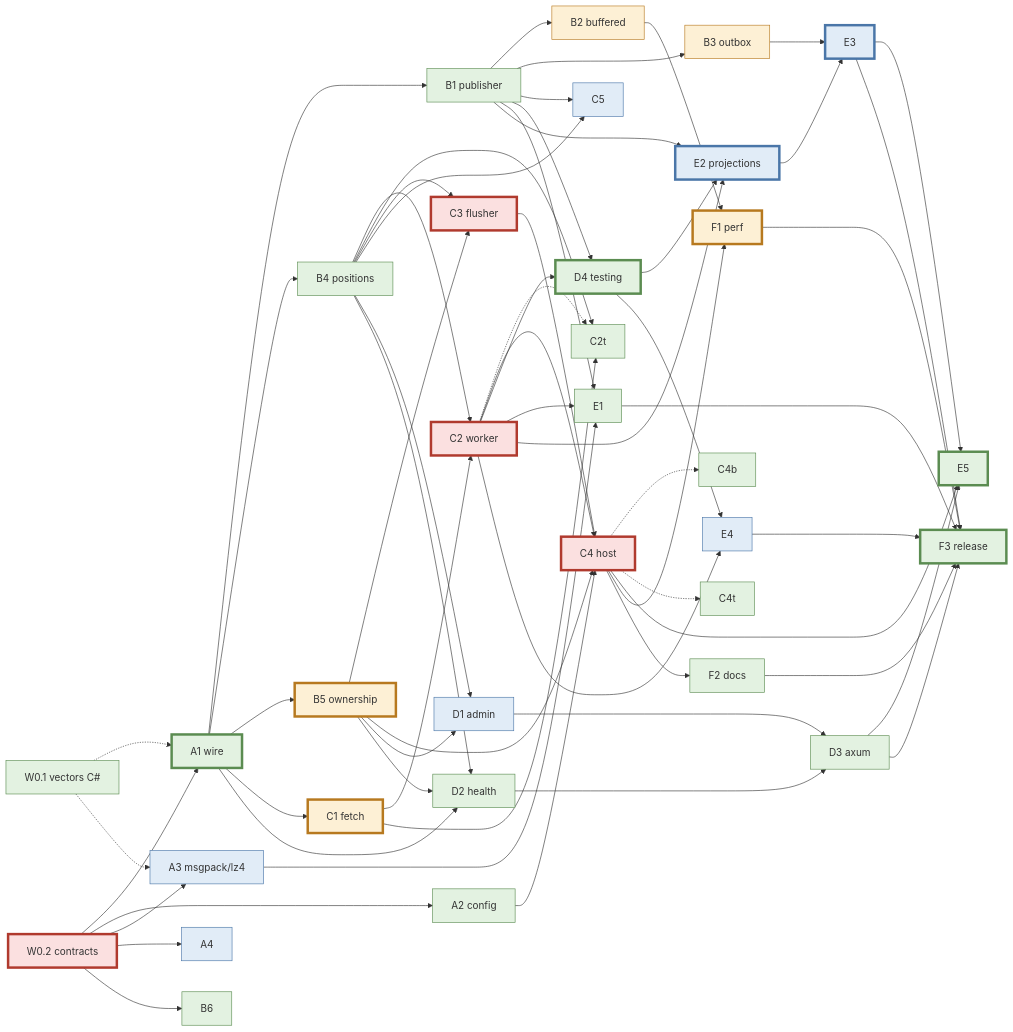
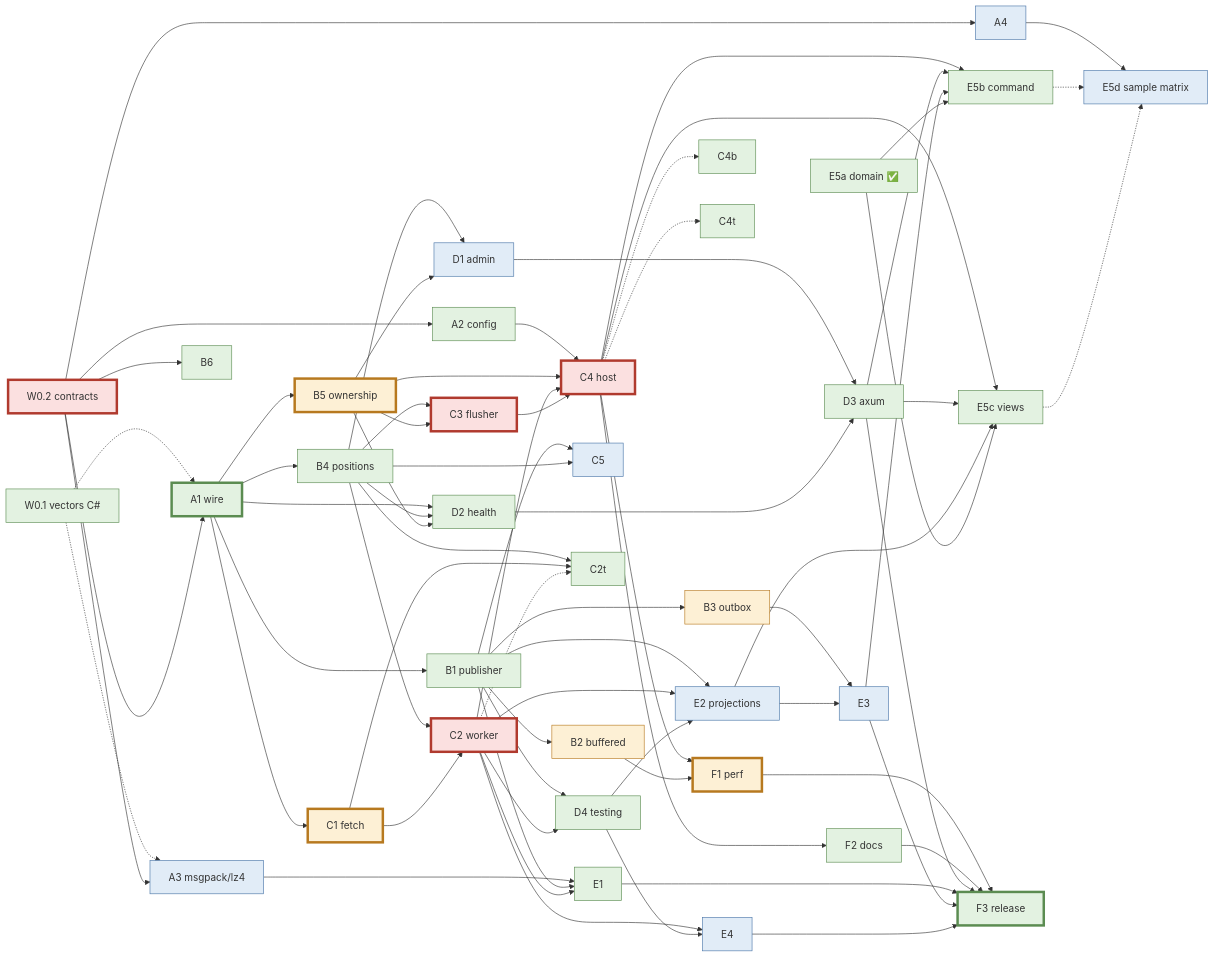
The diagram in docs/PLAN.md (bklooste/RedisEvents-rs), drawn with Mermaid before and after one commit. The commit also changed other lines of this file and 12 other files, not shown here.

First line of the commit message:
feat(samples): Inventory CQRS-ES sample domain, wire-compatible with the C# sample

````diff
--- a/docs/PLAN.md
+++ b/docs/PLAN.md
@@ -377,37 +387,41 @@
 ```mermaid
 graph LR
   W01[W0.1 vectors C#] -.-> A1 & A3
   W02[W0.2 contracts] --> A1 & A2 & A3 & A4 & B6
   A1[A1 wire] --> B1 & B4 & B5 & C1 & D2
   A2[A2 config] --> C4
   A3[A3 msgpack/lz4] --> E1
   B1[B1 publisher] --> B2 & B3 & C5 & D4 & E1 & E2
   B4[B4 positions] --> C2 & C2t & C3 & C5 & D1 & D2
   B5[B5 ownership] --> C3 & C4 & D1 & D2
   C1[C1 fetch] --> C2 & C2t
   C2 -.-> C2t
   C2[C2 worker] --> C4 & D4 & E1 & E2 & E4
   C3[C3 flusher] --> C4
   C4[C4 host] -.-> C4b & C4t
-  C4 --> E5 & F1 & F2
+  C4 --> E5b & E5c & F1 & F2
   B2[B2 buffered] --> F1
   B3[B3 outbox] --> E3
   D1[D1 admin] --> D3
   D2[D2 health] --> D3
-  D3[D3 axum] --> E5
+  D3[D3 axum] --> E5b & E5c
   D4[D4 testing] --> E2 & E4
-  E2[E2 projections] --> E3 --> E5
+  E2[E2 projections] --> E3 --> E5b[E5b command]
+  E2 --> E5c[E5c views]
+  E5a[E5a domain ✅] --> E5b & E5c
+  A4 --> E5d[E5d sample matrix]
+  E5b & E5c -.-> E5d
   F1[F1 perf] --> F3[F3 release]
   F2[F2 docs] --> F3
   D3 & E1 & E3 & E4 --> F3
   classDef haiku fill:#e3f2e1,stroke:#5b8c51;
   classDef sonnet fill:#e1ecf7,stroke:#4a76a8;
   classDef opusmed fill:#fdf0d5,stroke:#b7791f;
   classDef opushigh fill:#fbe0e0,stroke:#b03a2e;
   classDef crit stroke-width:4px;
-  class W01,A1,A2,B1,B4,B6,C2t,C4b,C4t,D2,D3,D4,E1,E5,F2,F3 haiku;
-  class A3,A4,C5,D1,E2,E3,E4 sonnet;
+  class W01,A1,A2,B1,B4,B6,C2t,C4b,C4t,D2,D3,D4,E1,E5a,E5b,E5c,F2,F3 haiku;
+  class A3,A4,C5,D1,E2,E3,E4,E5d sonnet;
   class B2,B3,B5,C1,F1 opusmed;
   class W02,C2,C3,C4 opushigh;
-  class W02,A1,B5,C1,C2,C3,C4,F1,F3,D4,E2,E3,E5 crit;
+  class W02,A1,B5,C1,C2,C3,C4,F1,F3 crit;
 ```
````
